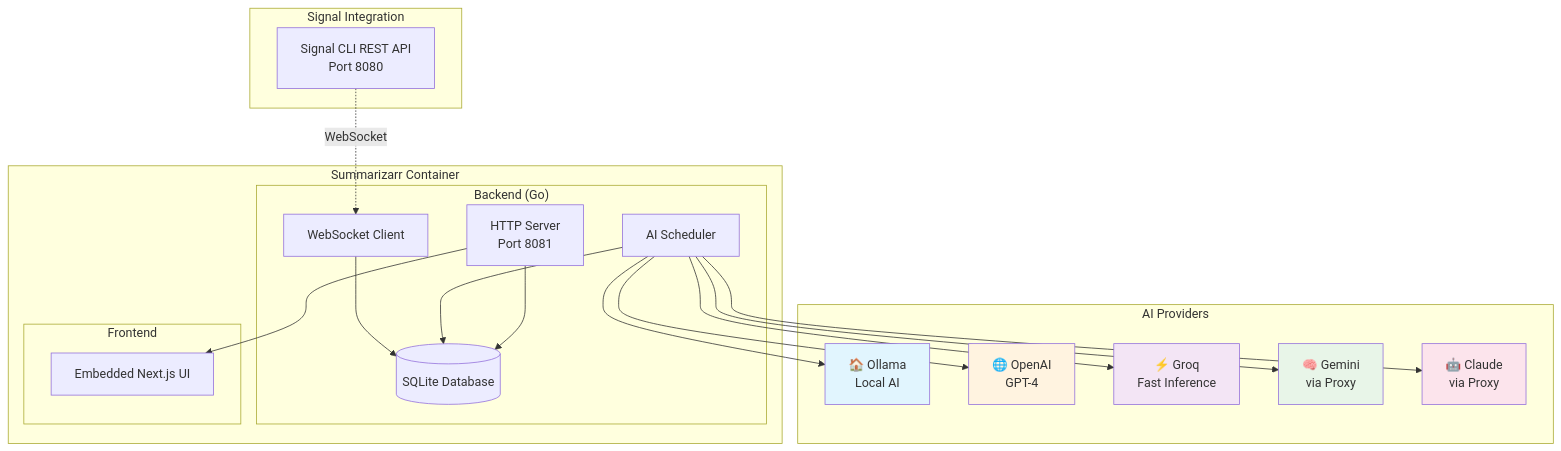
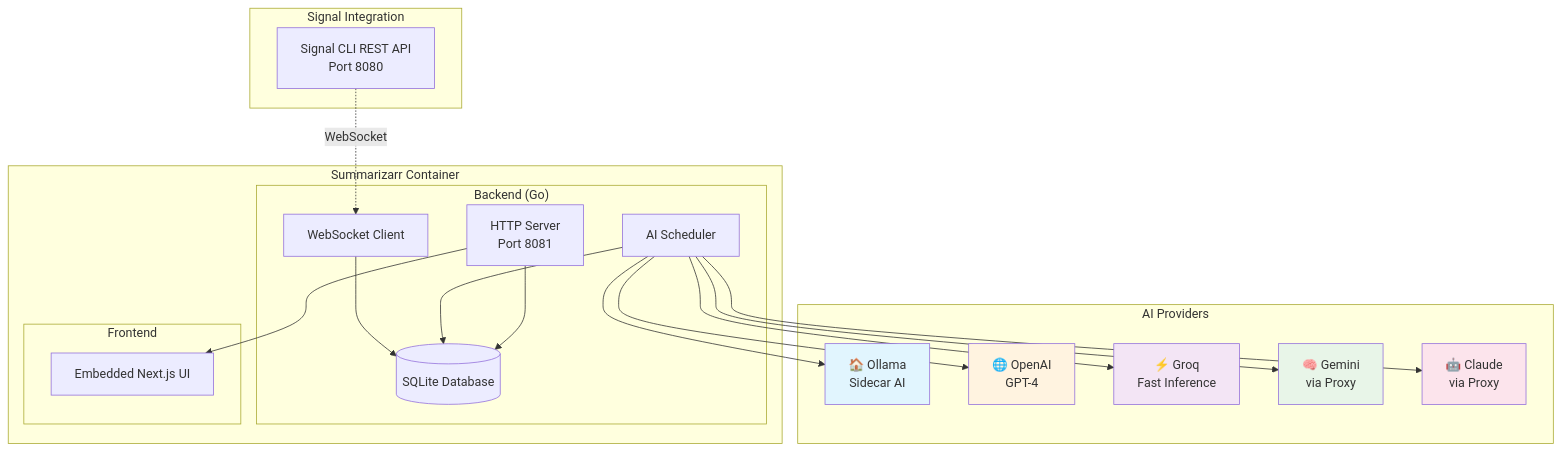
One commit to enddzone/summarizarr changed the diagram in README.md. Above: the diagram before and after it, drawn with Mermaid. The commit also changed other lines of this file and 8 other files, not shown here.

````diff
--- a/README.md
+++ b/README.md
@@ -21,44 +21,44 @@
 ```mermaid
 graph TB
     subgraph "Signal Integration"
         SC[Signal CLI REST API<br/>Port 8080]
     end
     
     subgraph "Summarizarr Container"
         subgraph "Backend (Go)"
             WS[WebSocket Client]
             API[HTTP Server<br/>Port 8081]
             DB[(SQLite Database)]
             SCHED[AI Scheduler]
         end
         
         subgraph "Frontend"
             UI[Embedded Next.js UI]
         end
     end
     
     subgraph "AI Providers"
-        LOCAL[🏠 Ollama<br/>Local AI]
+        LOCAL[🏠 Ollama<br/>Sidecar AI]
         OPENAI[🌐 OpenAI<br/>GPT-4]
         GROQ[⚡ Groq<br/>Fast Inference]
         GEMINI[🧠 Gemini<br/>via Proxy]
         CLAUDE[🤖 Claude<br/>via Proxy]
     end
     
     SC -.->|WebSocket| WS
     WS --> DB
     SCHED --> DB
     API --> DB
     API --> UI
     SCHED --> LOCAL
     SCHED --> OPENAI
     SCHED --> GROQ
     SCHED --> GEMINI
     SCHED --> CLAUDE
     
     style LOCAL fill:#e1f5fe
     style OPENAI fill:#fff3e0
     style GROQ fill:#f3e5f5
     style GEMINI fill:#e8f5e8
     style CLAUDE fill:#fce4ec
 ```
````
